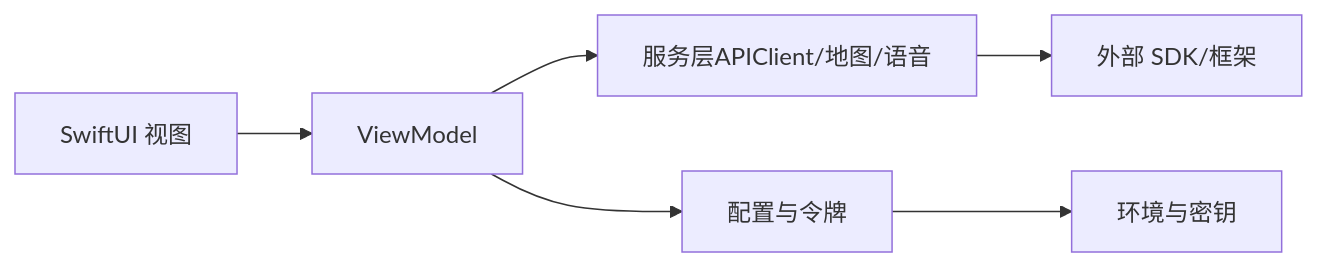
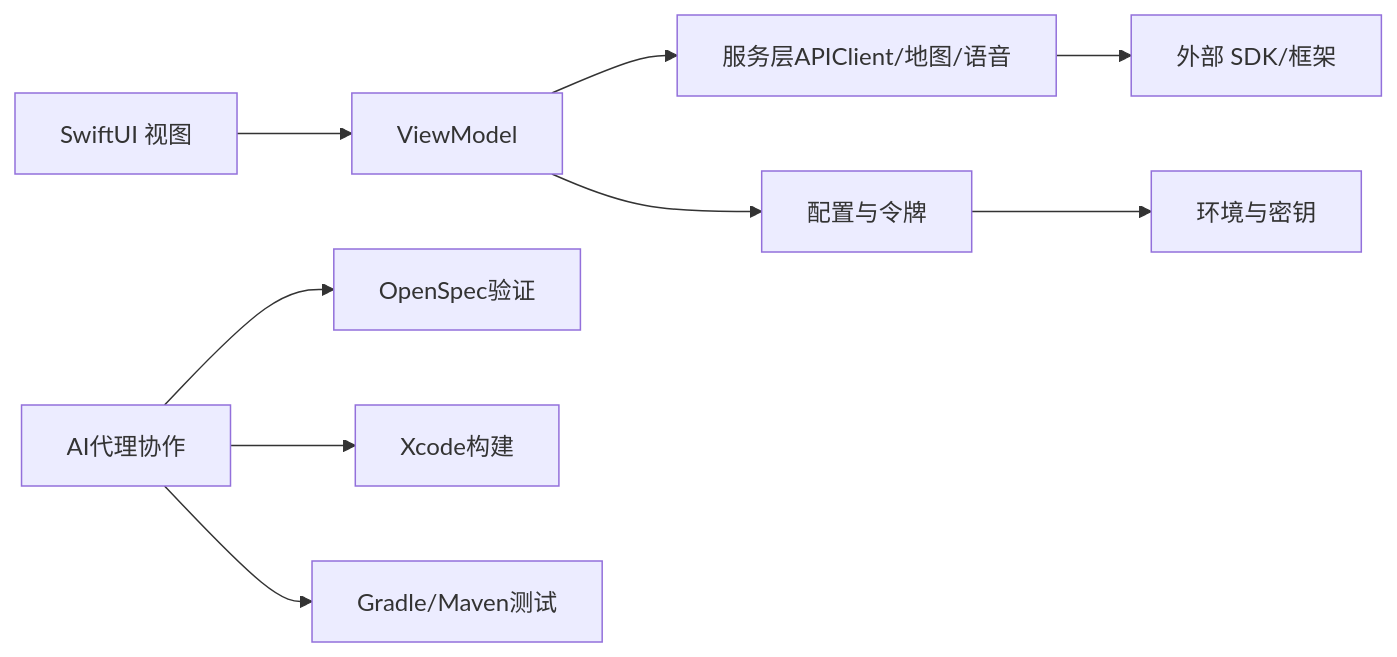
The ninth of 9 diagrams in .qoder/repowiki/zh/content/开发指南/开发指南.md (Jayden23018/blind-run-ios), drawn with Mermaid before and after one commit. The commit also changed other lines of this file and 10 other files, not shown here.

````diff
--- a/.qoder/repowiki/zh/content/开发指南/开发指南.md
+++ b/.qoder/repowiki/zh/content/开发指南/开发指南.md
@@ -339,8 +369,11 @@
 ```mermaid
 graph LR
 UI["SwiftUI 视图"] --> VM["ViewModel"]
 VM --> SVC["服务层APIClient/地图/语音"]
 SVC --> EXT["外部 SDK/框架"]
 VM --> CFG["配置与令牌"]
 CFG --> ENV["环境与密钥"]
+A1["AI代理协作"] --> OPS["OpenSpec验证"]
+A1 --> XCB["Xcode构建"]
+A1 --> GRD["Gradle/Maven测试"]
 ```
````
